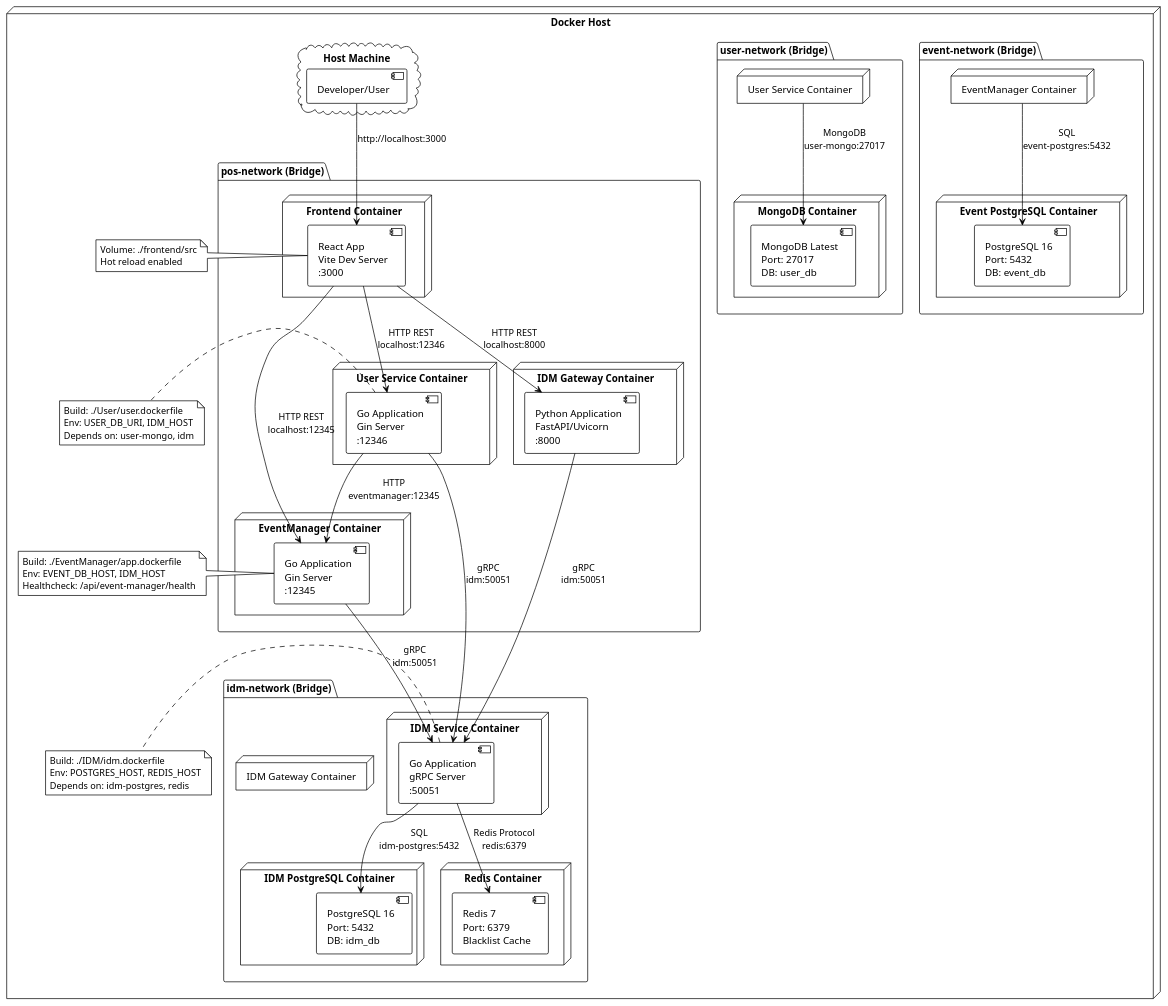
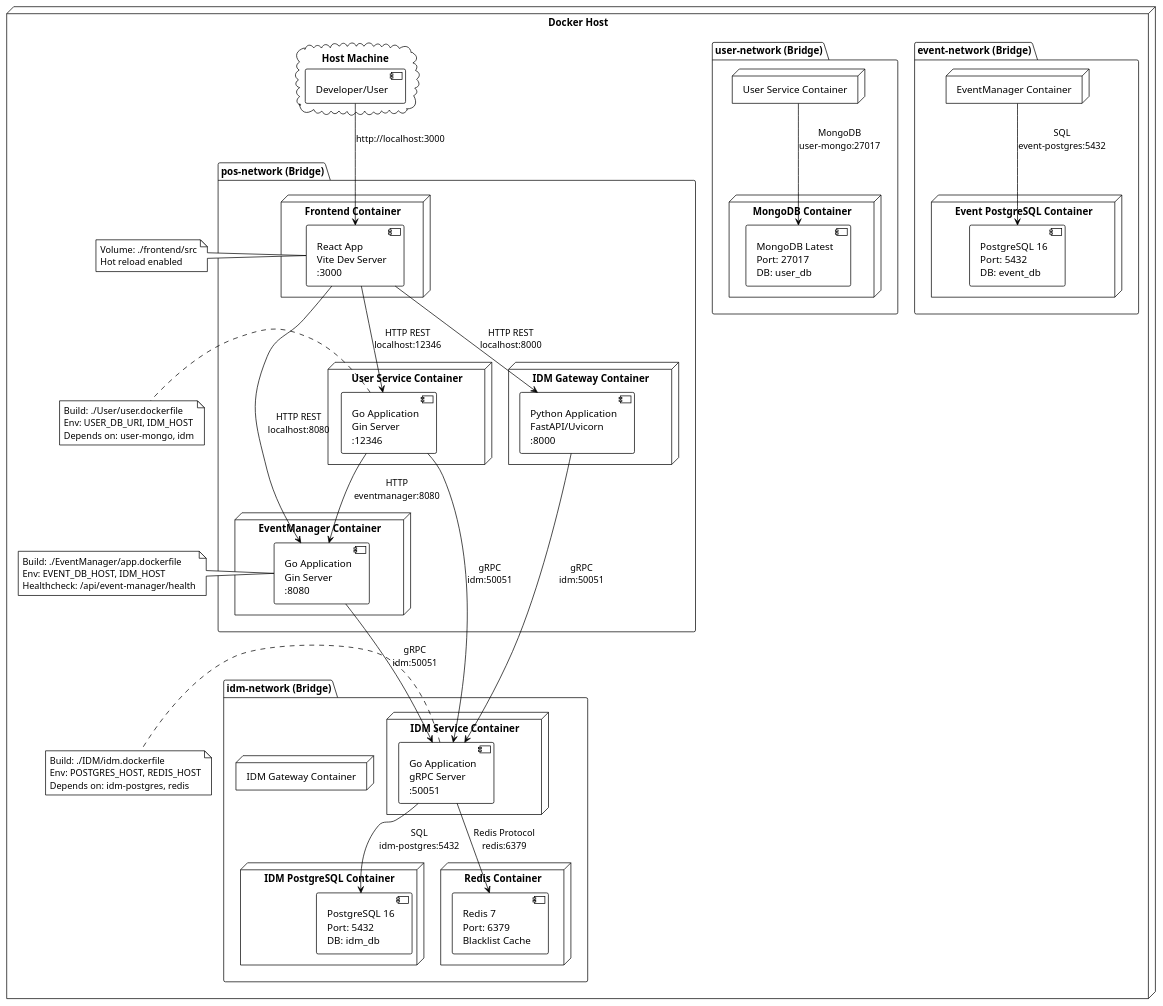
One commit to alexandru-vezeteu/demo-go-webservices changed the diagram in diagrams/08-deployment-architecture.puml. Above: the diagram before and after it, drawn with PlantUML. The commit also changed 44 other files, not shown here.

```diff
--- a/diagrams/08-deployment-architecture.puml
+++ b/diagrams/08-deployment-architecture.puml
@@ -1,101 +1,101 @@
 @startuml deployment
 !theme plain
 
 node "Docker Host" {
 
     package "pos-network (Bridge)" {
 
         node "Frontend Container" {
             component [React App\nVite Dev Server\n:3000] as Frontend
         }
 
         node "EventManager Container" {
-            component [Go Application\nGin Server\n:12345] as EventMgr
+            component [Go Application\nGin Server\n:8080] as EventMgr
         }
 
         node "User Service Container" {
             component [Go Application\nGin Server\n:12346] as UserSvc
         }
 
         node "IDM Gateway Container" {
             component [Python Application\nFastAPI/Uvicorn\n:8000] as IDMGateway
         }
     }
 
     package "event-network (Bridge)" {
         node "EventManager Container" as EventMgrNet
 
         node "Event PostgreSQL Container" {
             database [PostgreSQL 16\nPort: 5432\nDB: event_db] as EventDB
         }
     }
 
     package "user-network (Bridge)" {
         node "User Service Container" as UserSvcNet
 
         node "MongoDB Container" {
             database [MongoDB Latest\nPort: 27017\nDB: user_db] as MongoDB
         }
     }
 
     package "idm-network (Bridge)" {
         node "IDM Service Container" {
             component [Go Application\ngRPC Server\n:50051] as IDM
         }
 
         node "IDM Gateway Container" as IDMGWNet
 
         node "IDM PostgreSQL Container" {
             database [PostgreSQL 16\nPort: 5432\nDB: idm_db] as IDMDB
         }
 
         node "Redis Container" {
             database [Redis 7\nPort: 6379\nBlacklist Cache] as Redis
         }
     }
 
     cloud "Host Machine" {
         actor [Developer/User] as User
     }
 
     User --> Frontend : http://localhost:3000
 
-    Frontend --> EventMgr : HTTP REST\nlocalhost:12345
+    Frontend --> EventMgr : HTTP REST\nlocalhost:8080
     Frontend --> UserSvc : HTTP REST\nlocalhost:12346
     Frontend --> IDMGateway : HTTP REST\nlocalhost:8000
 
     EventMgr --> IDM : gRPC\nidm:50051
     UserSvc --> IDM : gRPC\nidm:50051
-    UserSvc --> EventMgr : HTTP\neventmanager:12345
+    UserSvc --> EventMgr : HTTP\neventmanager:8080
     IDMGateway --> IDM : gRPC\nidm:50051
 
     EventMgrNet --> EventDB : SQL\nevent-postgres:5432
     UserSvcNet --> MongoDB : MongoDB\nuser-mongo:27017
     IDM --> IDMDB : SQL\nidm-postgres:5432
     IDM --> Redis : Redis Protocol\nredis:6379
 
     note right of Frontend
         Volume: ./frontend/src
         Hot reload enabled
     end note
 
     note right of EventMgr
         Build: ./EventManager/app.dockerfile
         Env: EVENT_DB_HOST, IDM_HOST
         Healthcheck: /api/event-manager/health
     end note
 
     note right of UserSvc
         Build: ./User/user.dockerfile
         Env: USER_DB_URI, IDM_HOST
         Depends on: user-mongo, idm
     end note
 
     note right of IDM
         Build: ./IDM/idm.dockerfile
         Env: POSTGRES_HOST, REDIS_HOST
         Depends on: idm-postgres, redis
     end note
 }
 
 @enduml
```
